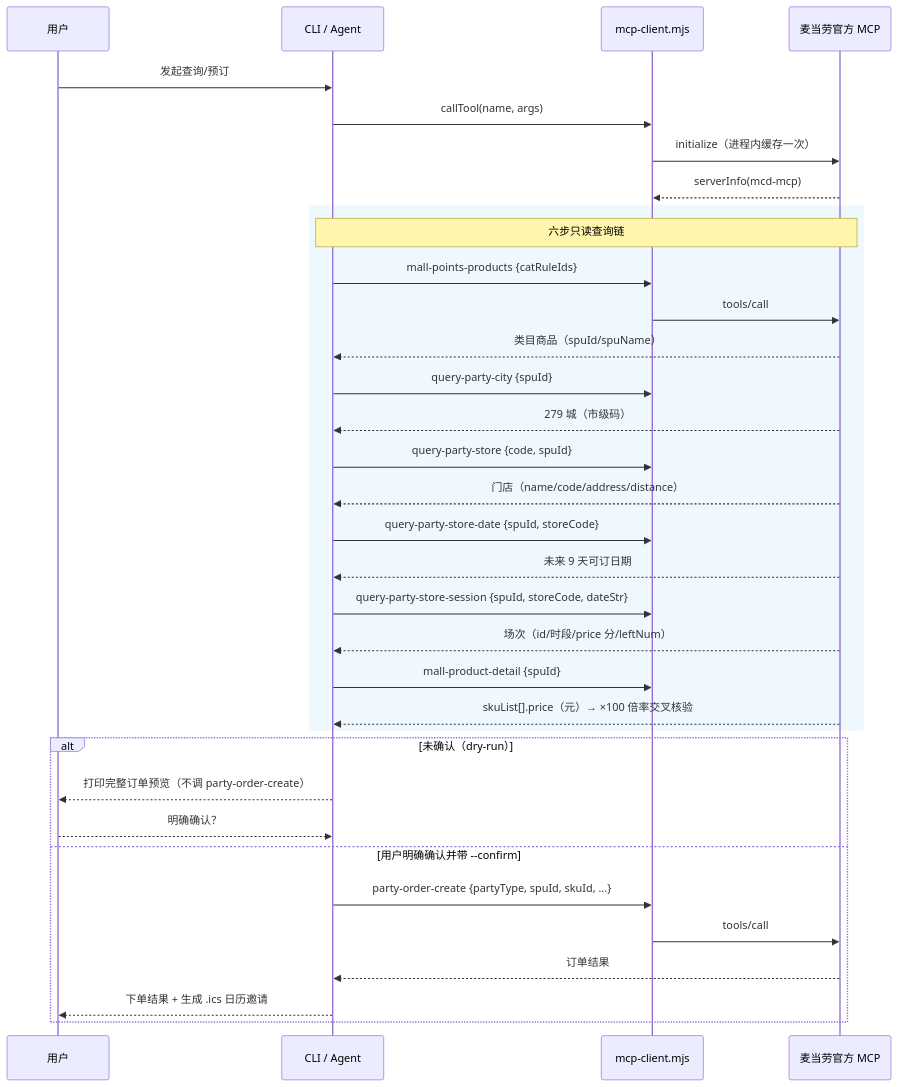
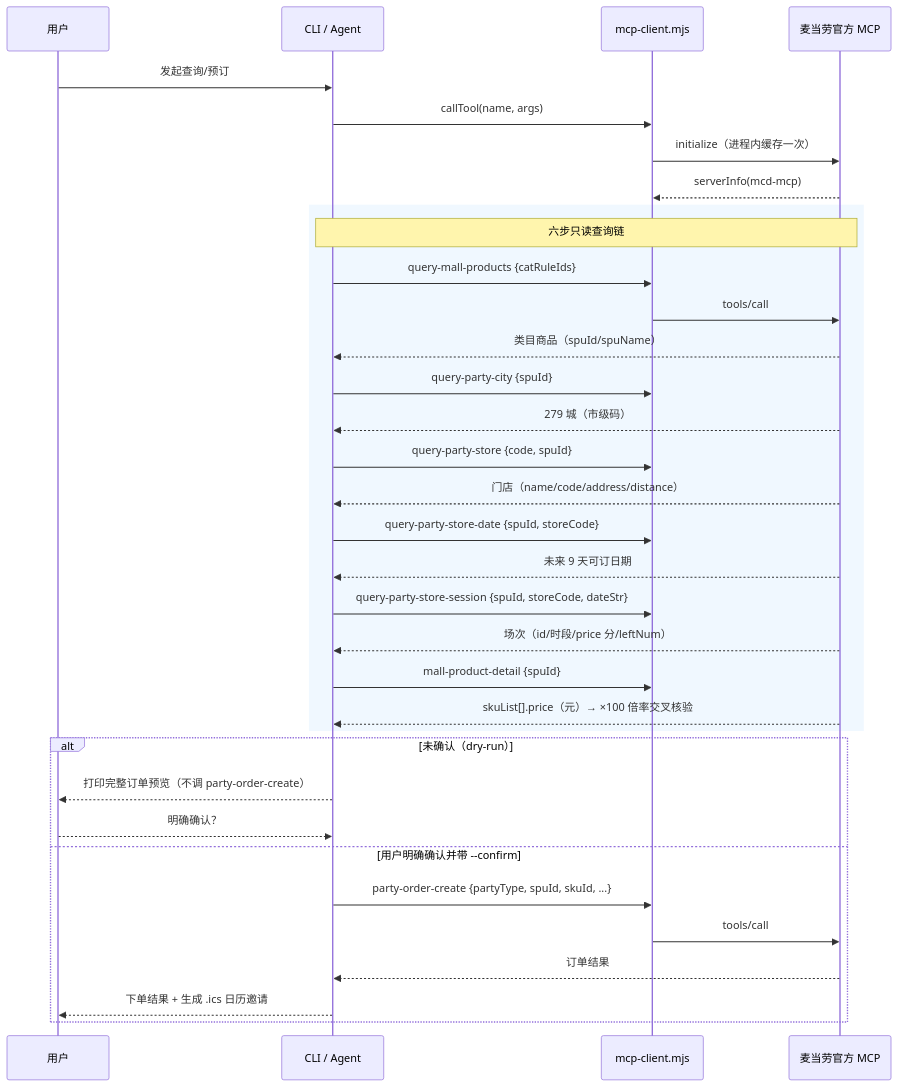
One commit to xu9687/mcd-party-butler changed the diagram in MCP_INTEGRATION.md. Above: the diagram before and after it, drawn with Mermaid. The commit also changed other lines of this file and 5 other files, not shown here.

First line of the commit message:
fix: 适配 MCP 商品工具更名 query-mall-products

````diff
--- a/MCP_INTEGRATION.md
+++ b/MCP_INTEGRATION.md
@@ -75,39 +78,39 @@
 ```mermaid
 sequenceDiagram
     participant U as 用户
     participant C as CLI / Agent
     participant M as mcp-client.mjs
     participant S as 麦当劳官方 MCP
 
     U->>C: 发起查询/预订
     C->>M: callTool(name, args)
     M->>S: initialize（进程内缓存一次）
     S-->>M: serverInfo(mcd-mcp)
 
     rect rgb(240, 248, 255)
     Note over C,S: 六步只读查询链
-    C->>M: mall-points-products {catRuleIds}
+    C->>M: query-mall-products {catRuleIds}
     M->>S: tools/call
     S-->>C: 类目商品（spuId/spuName）
     C->>M: query-party-city {spuId}
     S-->>C: 279 城（市级码）
     C->>M: query-party-store {code, spuId}
     S-->>C: 门店（name/code/address/distance）
     C->>M: query-party-store-date {spuId, storeCode}
     S-->>C: 未来 9 天可订日期
     C->>M: query-party-store-session {spuId, storeCode, dateStr}
     S-->>C: 场次（id/时段/price 分/leftNum）
     C->>M: mall-product-detail {spuId}
     S-->>C: skuList[].price（元）→ ×100 倍率交叉核验
     end
 
     alt 未确认（dry-run）
         C-->>U: 打印完整订单预览（不调 party-order-create）
         U-->>C: 明确确认？
     else 用户明确确认并带 --confirm
         C->>M: party-order-create {partyType, spuId, skuId, ...}
         M->>S: tools/call
         S-->>C: 订单结果
         C-->>U: 下单结果 + 生成 .ics 日历邀请
     end
 ```
````
